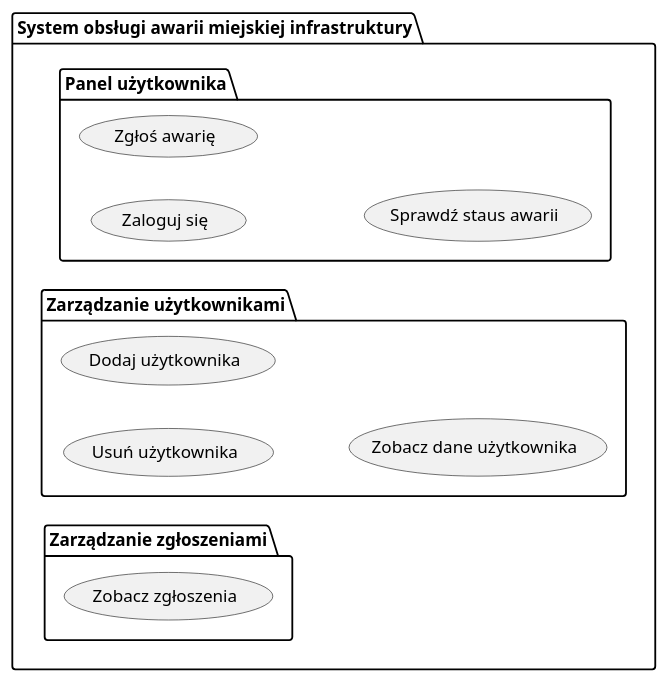
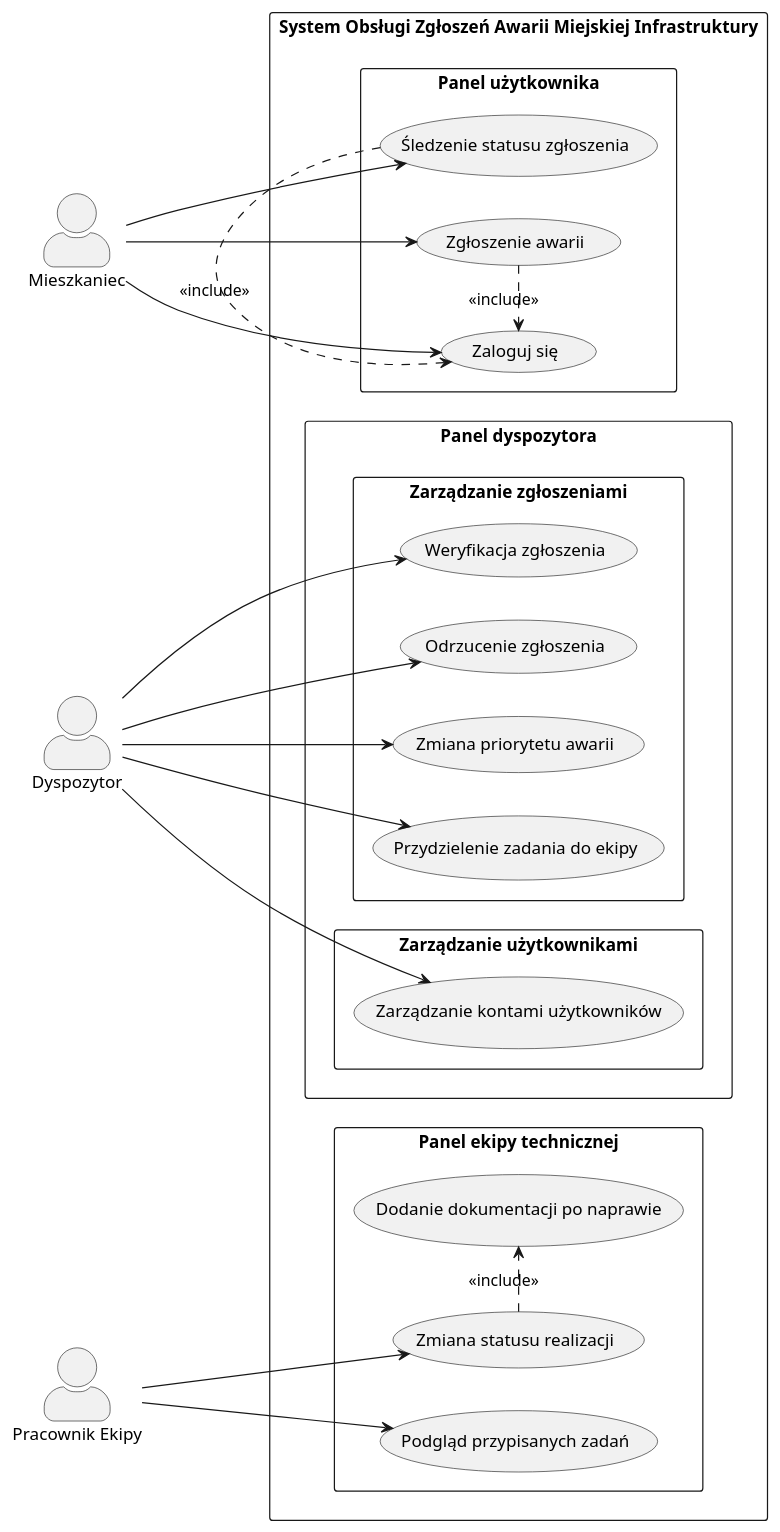
One commit to gscencel/po2026 changed the diagram in projekt/przypadki_uzycia_36.puml. Above: the diagram before and after it, drawn with PlantUML. The commit also changed 1 other file, not shown here.

Commit message:
Usecase UML v1.0

```diff
--- a/projekt/przypadki_uzycia_36.puml
+++ b/projekt/przypadki_uzycia_36.puml
@@ -1,23 +1,61 @@
 @startuml
-'https://plantuml.com/sequence-diagram
 left to right direction
+skinparam packageStyle rectangle
+skinparam actorStyle awesome
 
-package "System obsługi awarii miejskiej infrastruktury"{
-	package "Panel użytkownika"{
-		usecase "Zaloguj się" as UC_login
-		usecase "Zgłoś awarię" as UC_report
-		usecase "Sprawdź staus awarii" as UC_check
-	}
-	package "Zarządzanie użytkownikami"{
-		usecase "Usuń użytkownika" as UC_deluser
-		usecase "Dodaj użytkownika" as UC_adduser
-		usecase "Zobacz dane użytkownika" as UC_showuser
+actor "Mieszkaniec" as Mieszkaniec
+actor "Dyspozytor" as Dyspozytor
+actor "Pracownik Ekipy" as Ekipa
 
-	}	
-	package "Zarządzanie zgłoszeniami"{
-		usecase "Zobacz zgłoszenia" as UC_look
-	}
+rectangle "System Obsługi Zgłoszeń Awarii Miejskiej Infrastruktury" {
+  
+  ' Przypadki dla Mieszkańca
+  package "Panel użytkownika" {
+    usecase "Zaloguj się" as UC_Login
+    usecase "Zgłoszenie awarii" as UC_Zgloszenie
+    usecase "Śledzenie statusu zgłoszenia" as UC_Status
+  }
+
+  ' Przypadki dla Dyspozytora (Obsługa + Administracja)
+  package "Panel dyspozytora" {
+    package "Zarządzanie zgłoszeniami" {
+      usecase "Weryfikacja zgłoszenia" as UC_Weryfikacja
+      usecase "Odrzucenie zgłoszenia" as UC_Odrzucenie
+      usecase "Zmiana priorytetu awarii" as UC_Priorytet
+      usecase "Przydzielenie zadania do ekipy" as UC_Przydzial
+    }
+    package "Zarządzanie użytkownikami" {
+      usecase "Zarządzanie kontami użytkowników" as UC_Konta
+    }
+  }
+
+  ' Przypadki dla Ekipy Technicznej
+  package "Panel ekipy technicznej" {
+    usecase "Podgląd przypisanych zadań" as UC_Zadania
+    usecase "Zmiana statusu realizacji" as UC_ZmianaStatusu
+    usecase "Dodanie dokumentacji po naprawie" as UC_Dokumentacja
+  }
 }
 
+' Relacje Mieszkańca
+Mieszkaniec --> UC_Login
+Mieszkaniec --> UC_Zgloszenie
+Mieszkaniec --> UC_Status
+
+' Wymóg logowania dla operacji Mieszkańca
+UC_Zgloszenie .> UC_Login : <<include>>
+UC_Status .> UC_Login : <<include>>
+
+' Relacje Dyspozytora
+Dyspozytor --> UC_Weryfikacja
+Dyspozytor --> UC_Odrzucenie
+Dyspozytor --> UC_Priorytet
+Dyspozytor --> UC_Przydzial
+Dyspozytor --> UC_Konta
+
+' Relacje Ekipy
+Ekipa --> UC_Zadania
+Ekipa --> UC_ZmianaStatusu
+UC_ZmianaStatusu .> UC_Dokumentacja : <<include>>
 
 @enduml
```
